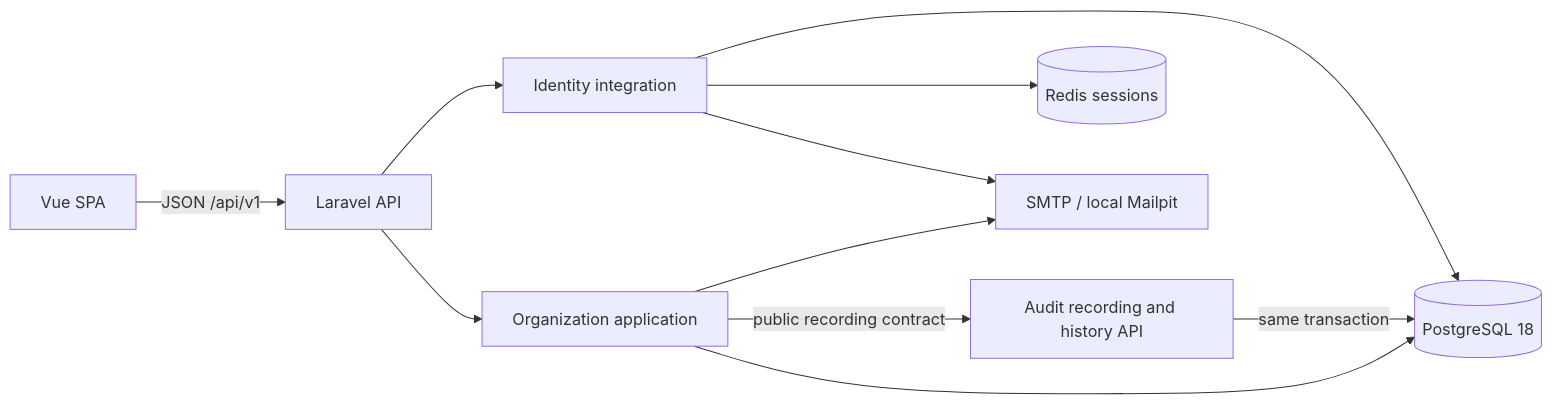
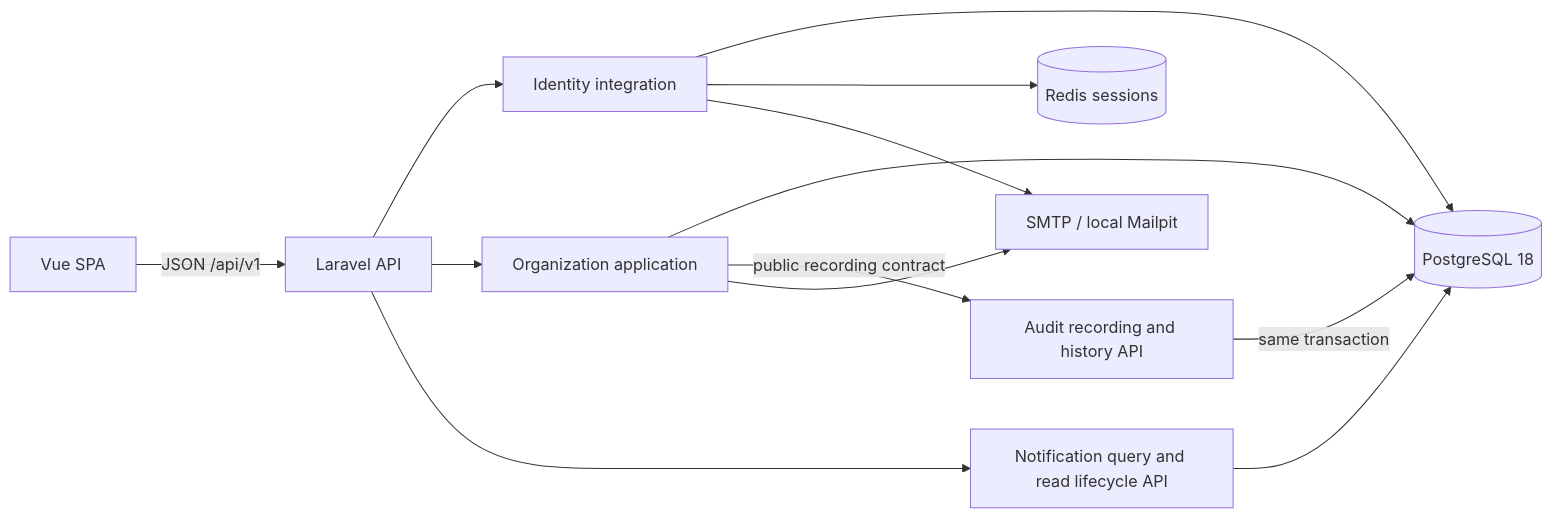
Before and after one commit to Assemessam/core-erp: the diagram in docs/architecture/system-overview.md, drawn with Mermaid. The commit also changed other lines of this file and 35 other files, not shown here.

Commit message:
feat: add notification read lifecycle API

````diff
--- a/docs/architecture/system-overview.md
+++ b/docs/architecture/system-overview.md
@@ -5,13 +5,15 @@
 ```mermaid
 flowchart LR
     SPA[Vue SPA] -->|JSON /api/v1| API[Laravel API]
     API --> Identity[Identity integration]
     API --> Organization[Organization application]
+    API --> Notification[Notification query and read lifecycle API]
+    Notification --> PG
     Organization --> PG[(PostgreSQL 18)]
     Organization -->|public recording contract| Audit[Audit recording and history API]
     Audit -->|same transaction| PG
     Identity --> PG
     Identity --> Redis[(Redis sessions)]
     Organization --> Mailpit[SMTP / local Mailpit]
     Identity --> Mailpit
 ```
````
